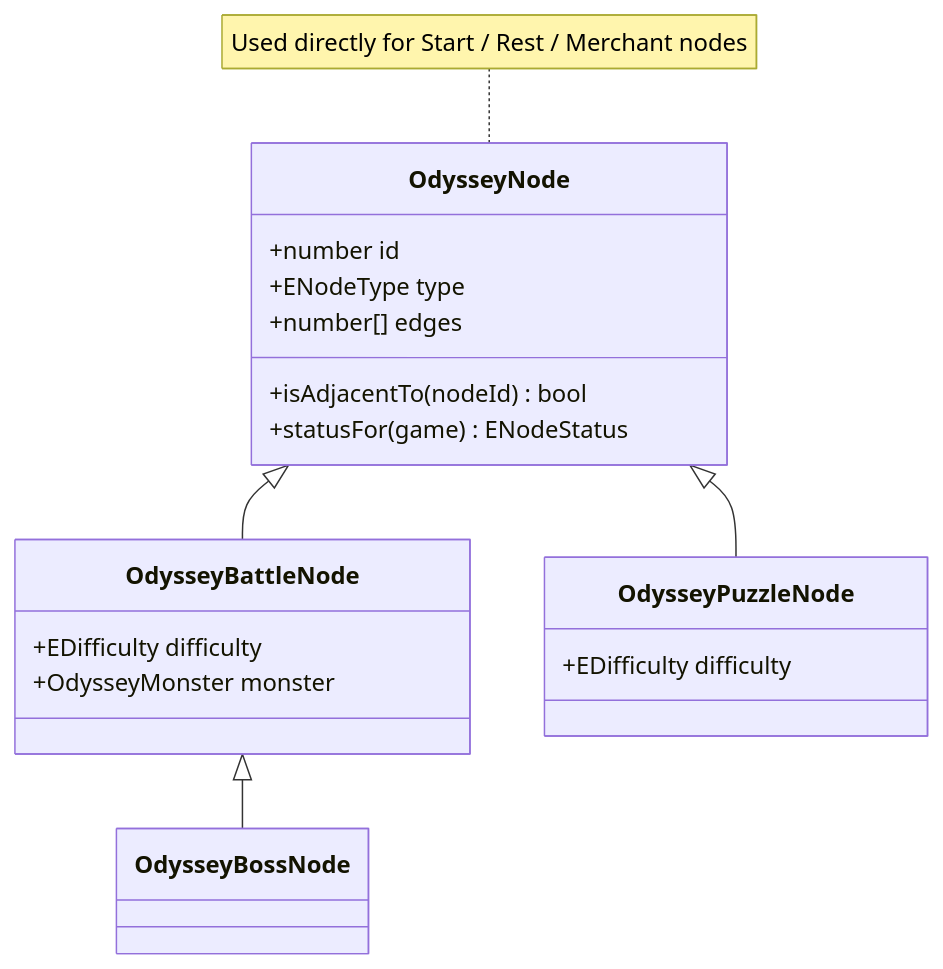
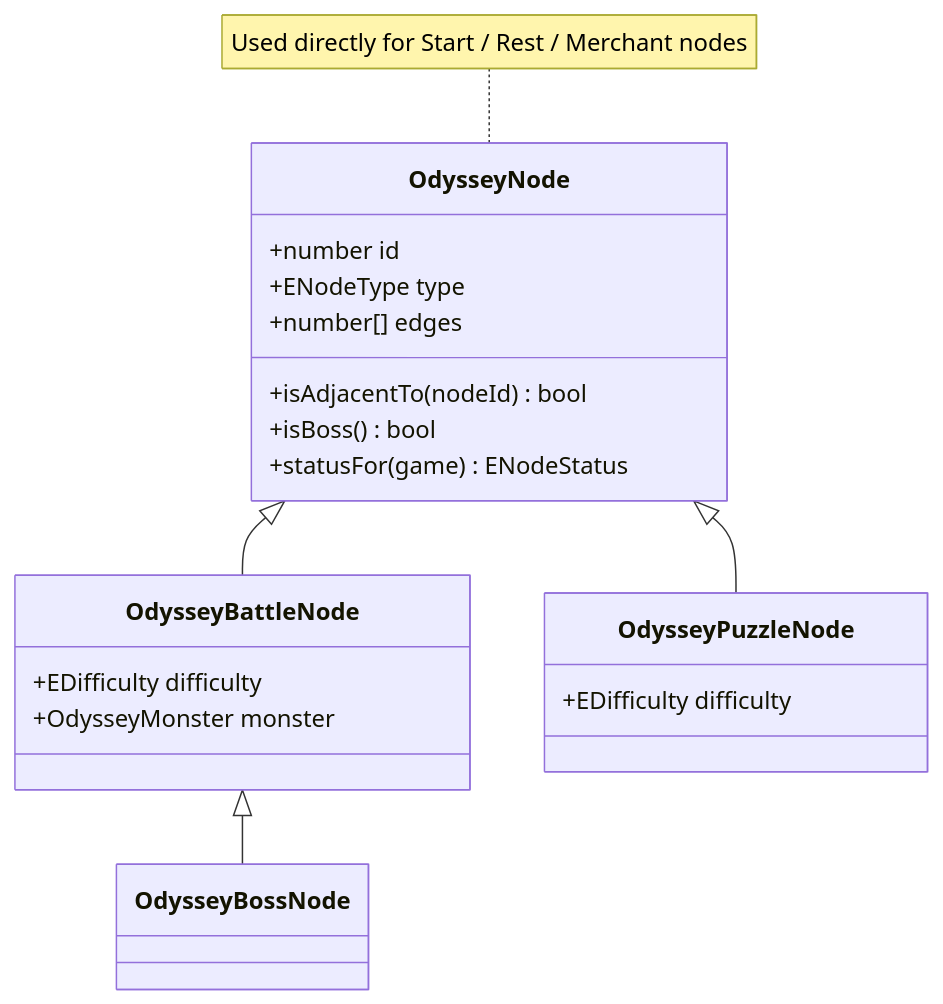
Before and after one commit to CHANDRAHARSHIT/Chess-Project: the second of 3 diagrams in story-mode-backend-models/README.md, drawn with Mermaid. The commit also changed other lines of this file and 22 other files, not shown here.

````diff
--- a/story-mode-backend-models/README.md
+++ b/story-mode-backend-models/README.md
@@ -98,24 +98,25 @@
 ```mermaid
 classDiagram
     class OdysseyNode {
         +number id
         +ENodeType type
         +number[] edges
         +isAdjacentTo(nodeId) bool
+        +isBoss() bool
         +statusFor(game) ENodeStatus
     }
     class OdysseyBattleNode {
         +EDifficulty difficulty
         +OdysseyMonster monster
     }
     class OdysseyBossNode
     class OdysseyPuzzleNode {
         +EDifficulty difficulty
     }
 
     OdysseyNode <|-- OdysseyBattleNode
     OdysseyBattleNode <|-- OdysseyBossNode
     OdysseyNode <|-- OdysseyPuzzleNode
 
     note for OdysseyNode "Used directly for Start / Rest / Merchant nodes"
 ```
````
